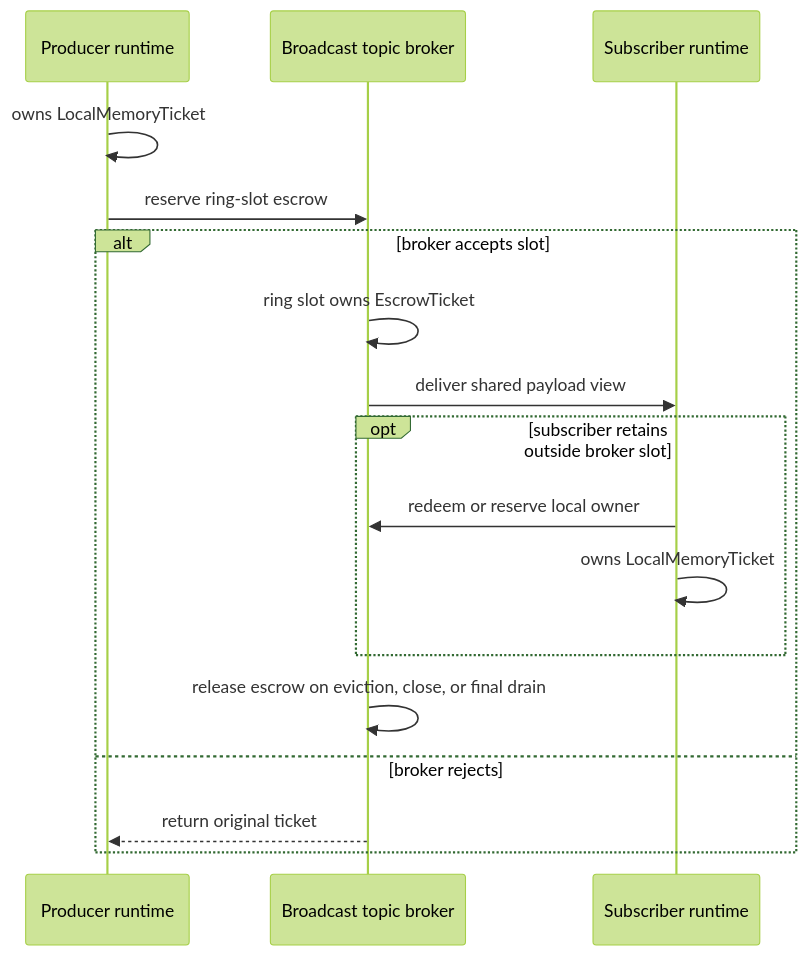
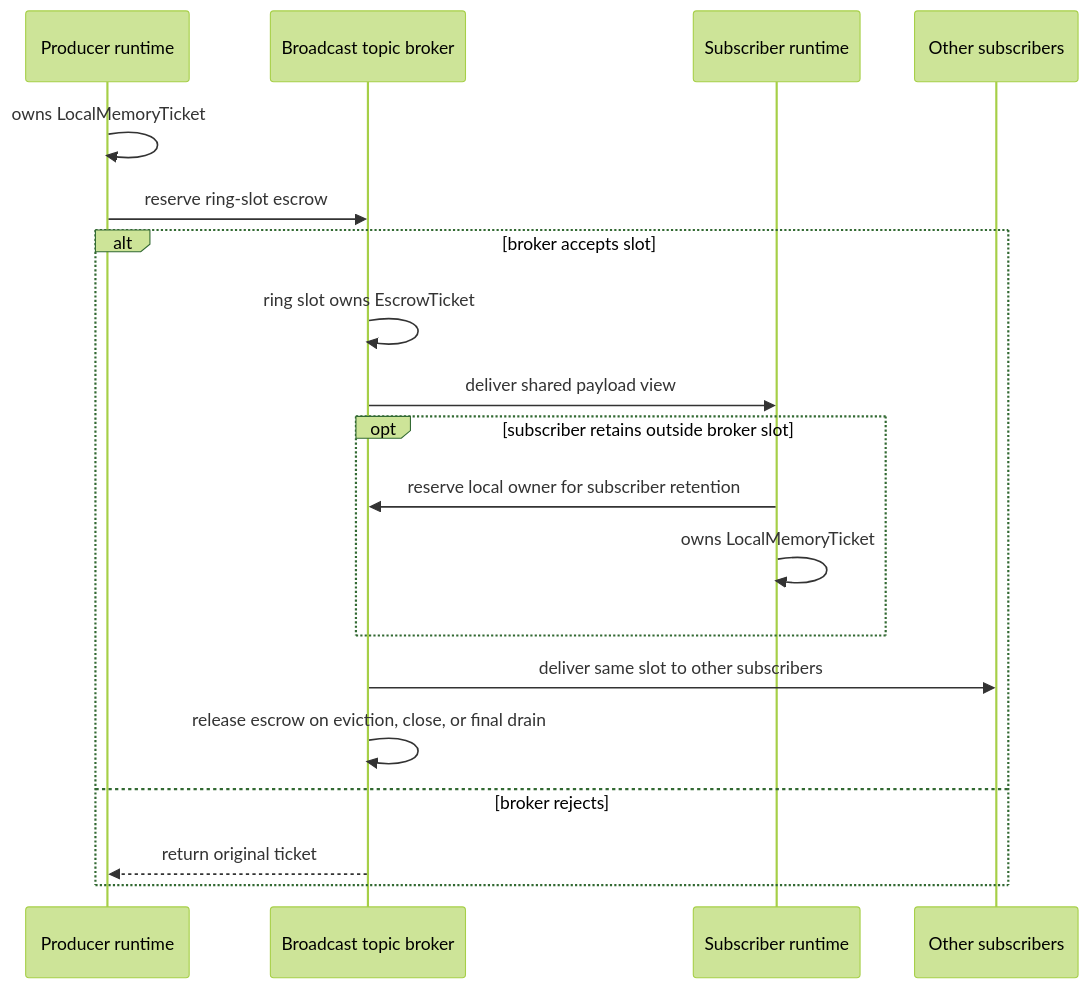
One commit to lalitb/otel-arrow changed the eighth of 8 diagrams in rust/otap-dataflow/docs/memory-limiter-phase2.md. Above: the diagram before and after it, drawn with Mermaid (forest theme). The commit also changed other lines of this file, not shown here.

````diff
--- a/rust/otap-dataflow/docs/memory-limiter-phase2.md
+++ b/rust/otap-dataflow/docs/memory-limiter-phase2.md
@@ -985,20 +1002,22 @@
 ```mermaid
 sequenceDiagram
     participant P as Producer runtime
     participant B as Broadcast topic broker
     participant S as Subscriber runtime
+    participant S2 as Other subscribers
 
     P->>P: owns LocalMemoryTicket
     P->>B: reserve ring-slot escrow
     alt broker accepts slot
         B->>B: ring slot owns EscrowTicket
         B->>S: deliver shared payload view
         opt subscriber retains outside broker slot
-            S->>B: redeem or reserve local owner
+            S->>B: reserve local owner for subscriber retention
             S->>S: owns LocalMemoryTicket
         end
+        B->>S2: deliver same slot to other subscribers
         B->>B: release escrow on eviction, close, or final drain
     else broker rejects
         B-->>P: return original ticket
     end
 ```
````
